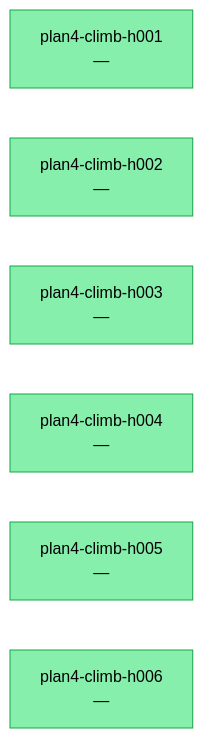
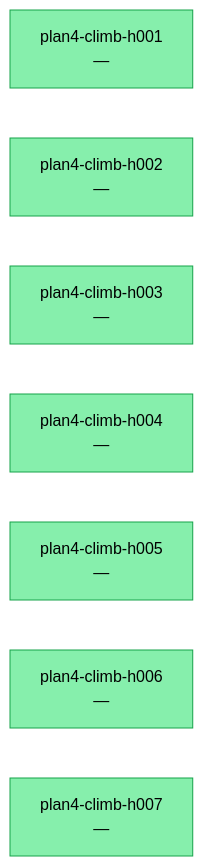
The diagram in docs/status/climb/research-tree.md (uukuguy/asterion), drawn with Mermaid (base theme) before and after one commit. The commit also changed other lines of this file and 6 other files, not shown here.

````diff
--- a/docs/status/climb/research-tree.md
+++ b/docs/status/climb/research-tree.md
@@ -39,19 +40,21 @@
 ```mermaid
 graph LR
     classDef sota fill:#4ade80,stroke:#15803d,color:#000
     classDef confirmed fill:#86efac,stroke:#16a34a,color:#000
     classDef falsified fill:#fca5a5,stroke:#b91c1c,color:#000
     classDef pending fill:#fde68a,stroke:#a16207,color:#000
     plan4_climb_h001["plan4-climb-h001<br/>—"]
     class plan4_climb_h001 confirmed
     plan4_climb_h002["plan4-climb-h002<br/>—"]
     class plan4_climb_h002 confirmed
     plan4_climb_h003["plan4-climb-h003<br/>—"]
     class plan4_climb_h003 confirmed
     plan4_climb_h004["plan4-climb-h004<br/>—"]
     class plan4_climb_h004 confirmed
     plan4_climb_h005["plan4-climb-h005<br/>—"]
     class plan4_climb_h005 confirmed
     plan4_climb_h006["plan4-climb-h006<br/>—"]
     class plan4_climb_h006 confirmed
+    plan4_climb_h007["plan4-climb-h007<br/>—"]
+    class plan4_climb_h007 confirmed
 ```
````
